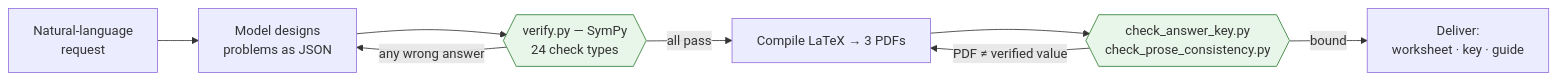
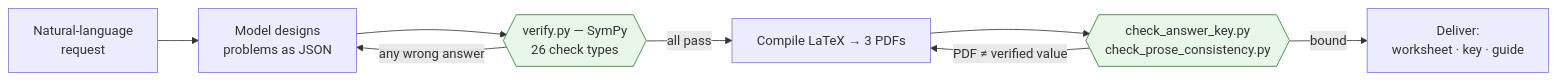
One commit to stellawuellner/math-worksheets-skill changed the diagram in README.md. Above: the diagram before and after it, drawn with Mermaid. The commit also changed other lines of this file, not shown here.

````diff
--- a/README.md
+++ b/README.md
@@ -26,12 +26,12 @@
 ```mermaid
 flowchart LR
     A[Natural-language<br/>request] --> B[Model designs<br/>problems as JSON]
-    B --> C{{"verify.py — SymPy<br/>24 check types"}}
+    B --> C{{"verify.py — SymPy<br/>26 check types"}}
     C -->|any wrong answer| B
     C -->|all pass| D[Compile LaTeX → 3 PDFs]
     D --> E{{"check_answer_key.py<br/>check_prose_consistency.py"}}
     E -->|PDF ≠ verified value| D
     E -->|bound| F[Deliver:<br/>worksheet · key · guide]
     style C fill:#e8f5e9,stroke:#2e7d32
     style E fill:#e8f5e9,stroke:#2e7d32
 ```
````
